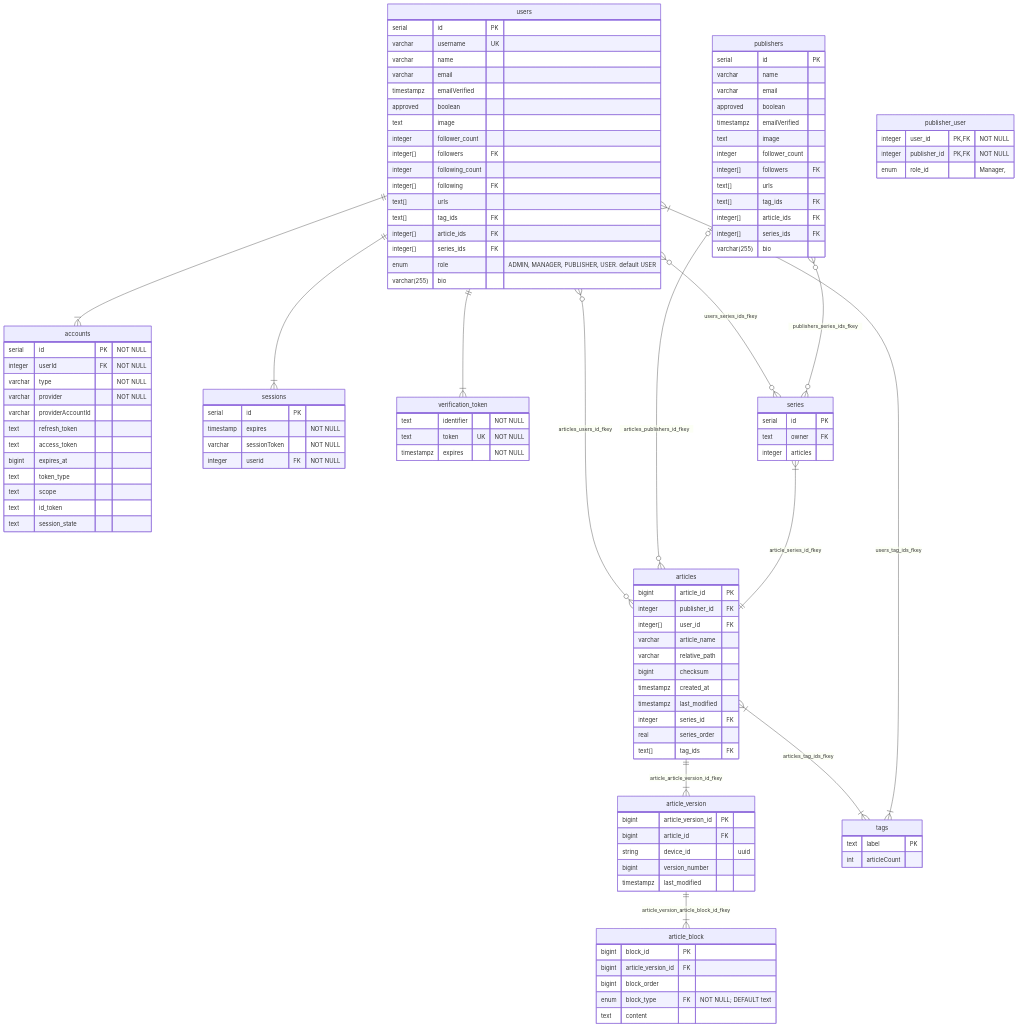
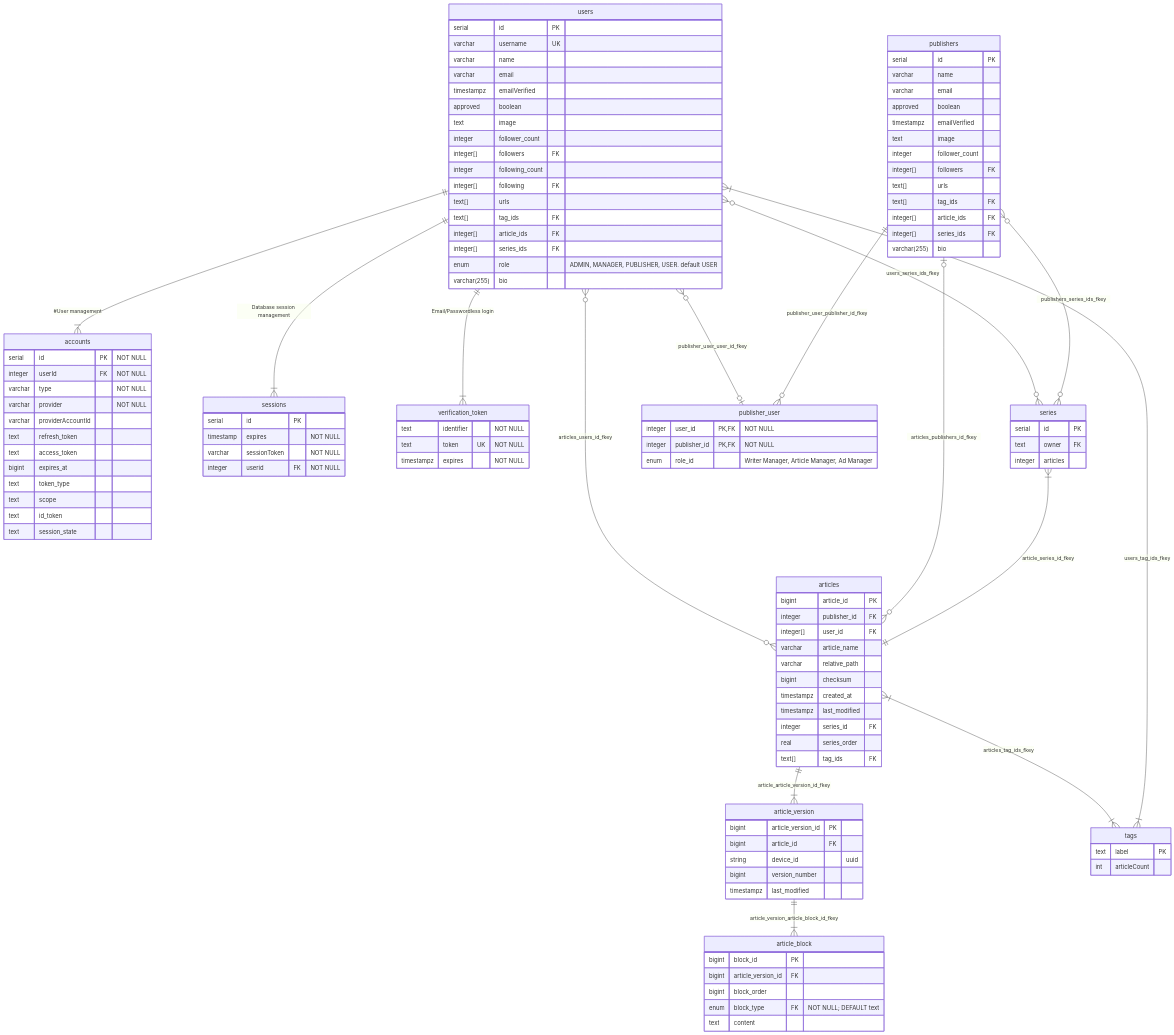
Before and after one commit to 4ry1337/my-obsidian: the sixth of 6 diagrams in Capstone/Diagrams.md, drawn with Mermaid.

Commit message:
vault backup: 2024-01-18 11:33:04

````diff
--- a/Capstone/Diagrams.md
+++ b/Capstone/Diagrams.md
@@ -324,13 +324,15 @@
 publisher_user {
 	integer user_id PK, FK "NOT NULL"
 	integer publisher_id PK, FK "NOT NULL"
-	enum role_id "Manager, "
+	enum role_id "Writer Manager, Article Manager, Ad Manager"
 }
 
-users ||--|{ verification_token : ""
-users ||--|{ sessions : ""
-users ||--|{ accounts : ""
+users ||--|{ verification_token : "Email/Passwordless login"
+users ||--|{ sessions : "Database session management"
+users ||--|{ accounts : "#User management"
 
+users }o--o| publisher_user : publisher_user_user_id_fkey
+publishers ||--o{ publisher_user : publisher_user_publisher_id_fkey
 users }o--o{ articles : articles_users_id_fkey
 publishers |o--o{ articles : articles_publishers_id_fkey
 
@@ -345,6 +347,4 @@
 
 articles }|--|{ tags : articles_tag_ids_fkey
 users }|--|{ tags : users_tag_ids_fkey
-
-
 ```
````
